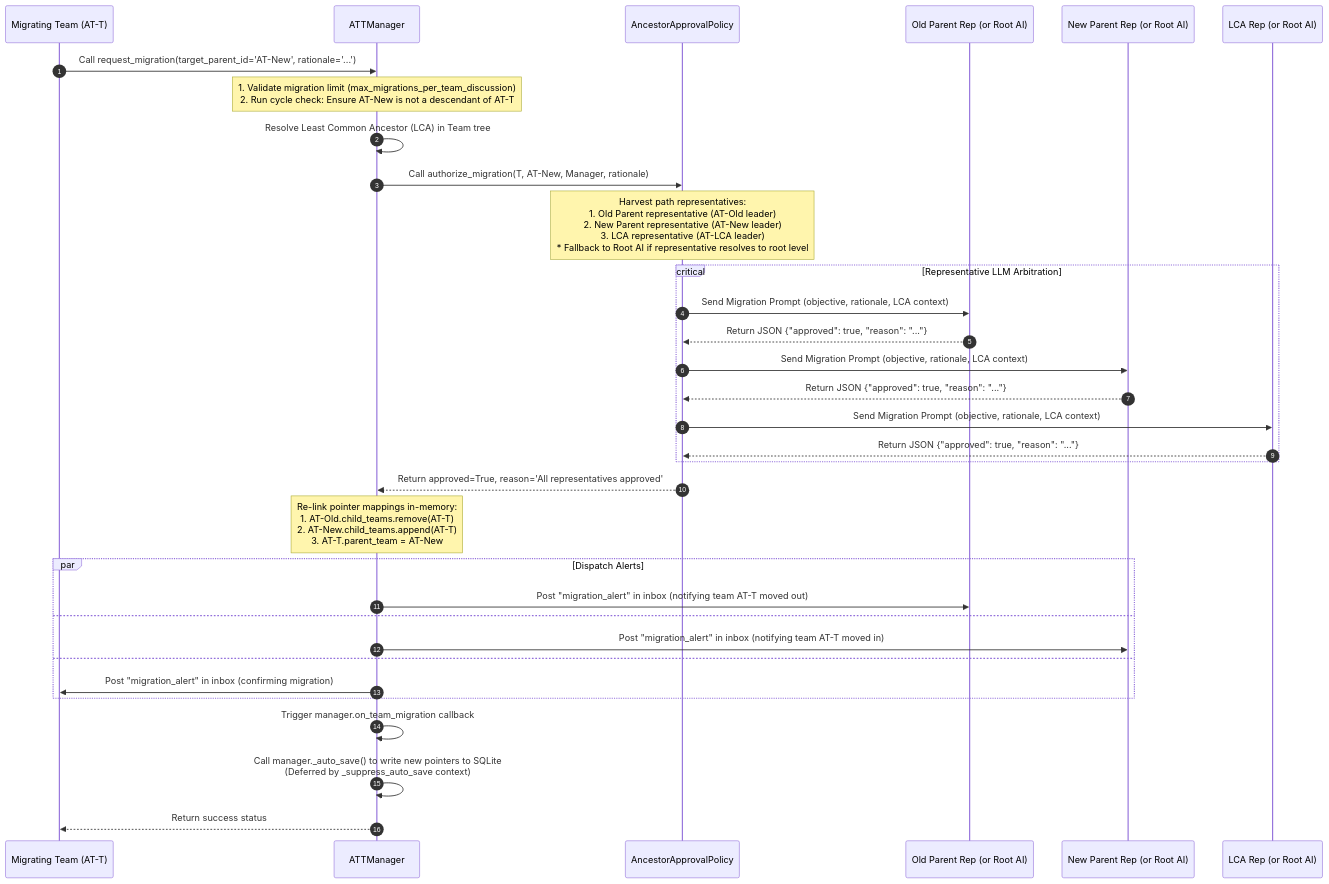
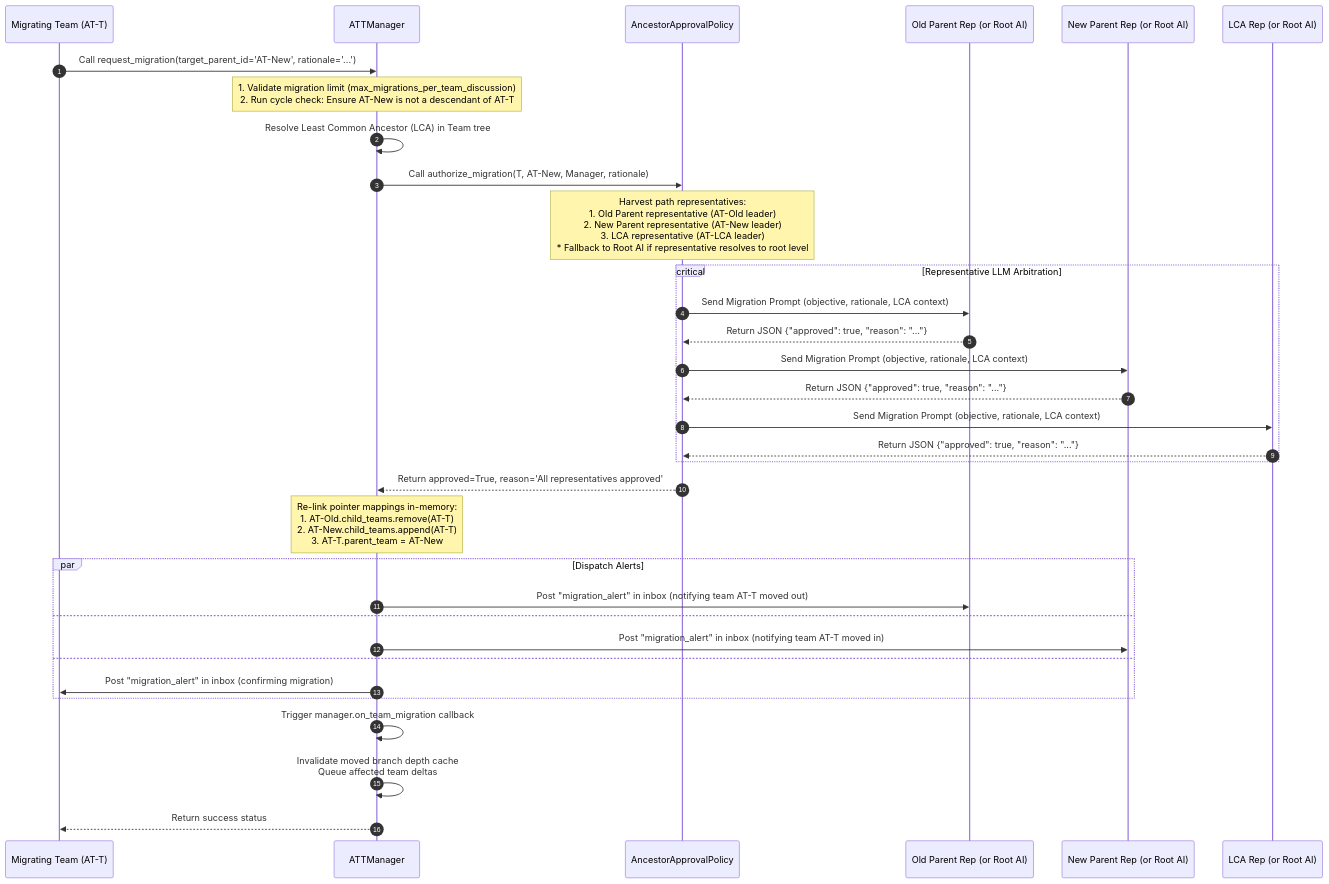
The sixth of 6 diagrams in docs/flowcharts/Lineage_Tree_Mutations.md (AI-Team-Team/AI-Team-Team), drawn with Mermaid before and after one commit. The commit also changed other lines of this file and 38 other files, not shown here.

````diff
--- a/docs/flowcharts/Lineage_Tree_Mutations.md
+++ b/docs/flowcharts/Lineage_Tree_Mutations.md
@@ -166,50 +166,50 @@
 ```mermaid
 sequenceDiagram
     autonumber
     participant T as Migrating Team (AT-T)
     participant Manager as ATTManager
     participant Policy as AncestorApprovalPolicy
     participant P_old as Old Parent Rep (or Root AI)
     participant P_new as New Parent Rep (or Root AI)
     participant LCA as LCA Rep (or Root AI)
 
     T->>Manager: Call request_migration(target_parent_id='AT-New', rationale='...')
     Note over Manager: 1. Validate migration limit (max_migrations_per_team_discussion)<br/>2. Run cycle check: Ensure AT-New is not a descendant of AT-T
     
     Manager->>Manager: Resolve Least Common Ancestor (LCA) in Team tree
     
     Manager->>Policy: Call authorize_migration(T, AT-New, Manager, rationale)
     
     Note over Policy: Harvest path representatives:<br/>1. Old Parent representative (AT-Old leader)<br/>2. New Parent representative (AT-New leader)<br/>3. LCA representative (AT-LCA leader)<br/>* Fallback to Root AI if representative resolves to root level
     
     %% Arbitration Loop
     critical Representative LLM Arbitration
         Policy->>P_old: Send Migration Prompt (objective, rationale, LCA context)
         P_old-->>Policy: Return JSON {"approved": true, "reason": "..."}
         
         Policy->>P_new: Send Migration Prompt (objective, rationale, LCA context)
         P_new-->>Policy: Return JSON {"approved": true, "reason": "..."}
         
         Policy->>LCA: Send Migration Prompt (objective, rationale, LCA context)
         LCA-->>Policy: Return JSON {"approved": true, "reason": "..."}
     end
     
     Policy-->>Manager: Return approved=True, reason='All representatives approved'
     
     %% Restructure
     Note over Manager: Re-link pointer mappings in-memory:<br/>1. AT-Old.child_teams.remove(AT-T)<br/>2. AT-New.child_teams.append(AT-T)<br/>3. AT-T.parent_team = AT-New
     
     %% Alerts
     par Dispatch Alerts
         Manager->>P_old: Post "migration_alert" in inbox (notifying team AT-T moved out)
     and
         Manager->>P_new: Post "migration_alert" in inbox (notifying team AT-T moved in)
     and
         Manager->>T: Post "migration_alert" in inbox (confirming migration)
     end
     
     Manager->>Manager: Trigger manager.on_team_migration callback
-    Manager->>Manager: Call manager._auto_save() to write new pointers to SQLite<br/>(Deferred by _suppress_auto_save context)
+    Manager->>Manager: Invalidate moved branch depth cache<br/>Queue affected team deltas
     
     Manager-->>T: Return success status
 ```
````
